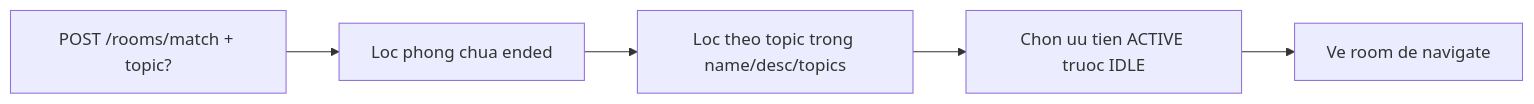
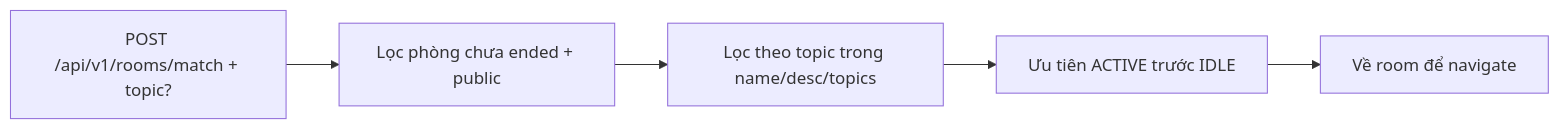
Diagram 11 of 14 in docs/workflow.md (bexanhtuoi/E-Room), drawn with Mermaid before and after one commit. The commit also changed other lines of this file and 7 other files, not shown here.

````diff
--- a/docs/workflow.md
+++ b/docs/workflow.md
@@ -105,7 +174,7 @@
 ```mermaid
 flowchart LR
-    U[POST /rooms/match + topic?] --> F[Loc phong chua ended]
-    F --> T[Loc theo topic trong name/desc/topics]
-    T --> S[Chon uu tien ACTIVE truoc IDLE]
-    S --> R[Ve room de navigate]
+    U[POST /api/v1/rooms/match + topic?] --> F[Lọc phòng chưa ended + public]
+    F --> T[Lọc theo topic trong name/desc/topics]
+    T --> S[Ưu tiên ACTIVE trước IDLE]
+    S --> R[Về room để navigate]
 ```
````
